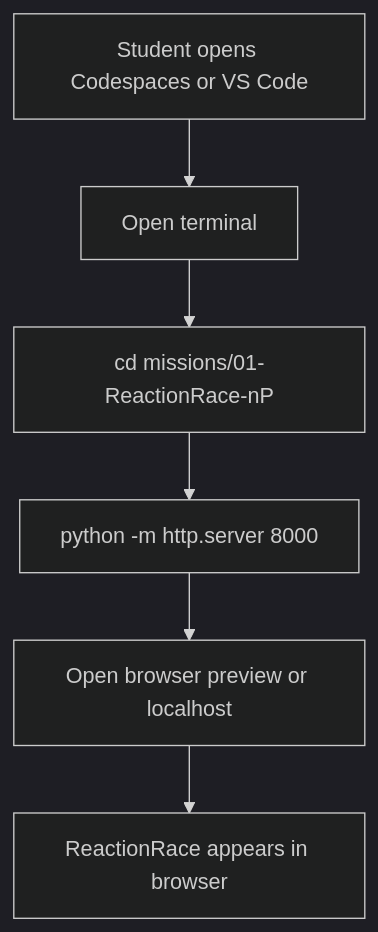
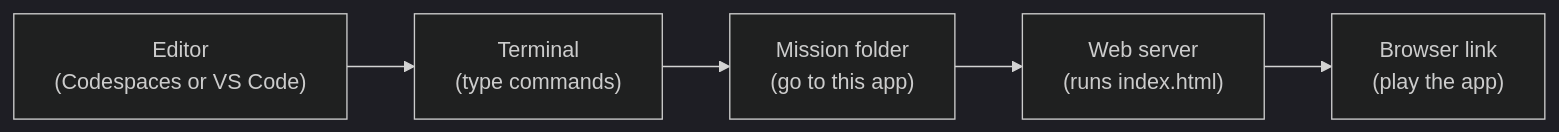
One commit to Mr-PI-Bala/SPRK-Hello-Repo changed the first of 6 diagrams in missions/01-ReactionRace-nP/docs/MISSION_GUIDE.md. Above: the diagram before and after it, drawn with Mermaid (dark theme). The commit also changed other lines of this file and 1 other file, not shown here.

Commit message:
Simplify ReactionRace run guidance

````diff
--- a/missions/01-ReactionRace-nP/docs/MISSION_GUIDE.md
+++ b/missions/01-ReactionRace-nP/docs/MISSION_GUIDE.md
@@ -39,8 +50,7 @@
 ```mermaid
-flowchart TD
-    A["Student opens Codespaces or VS Code"] --> B["Open terminal"]
-    B --> C["cd missions/01-ReactionRace-nP"]
-    C --> D["python -m http.server 8000"]
-    D --> E["Open browser preview or localhost"]
-    E --> F["ReactionRace appears in browser"]
+flowchart LR
+    A["Editor<br/>(Codespaces or VS Code)"] --> B["Terminal<br/>(type commands)"]
+    B --> C["Mission folder<br/>(go to this app)"]
+    C --> D["Web server<br/>(runs index.html)"]
+    D --> E["Browser link<br/>(play the app)"]
 ```
````
